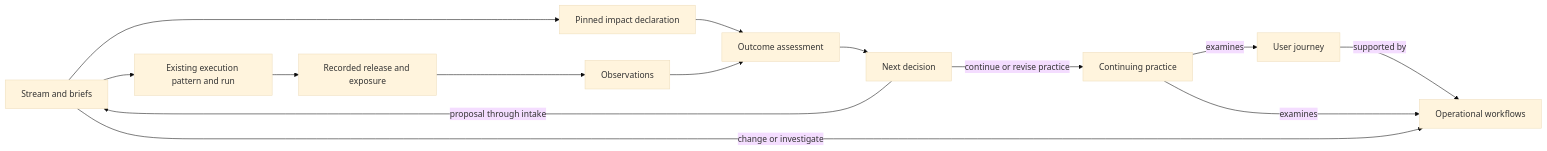
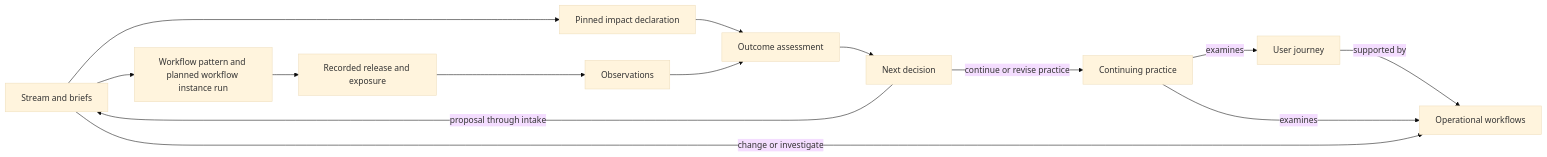
The first of 2 diagrams in docs/streams/continuing-operations/spec.md (medici-finance/assay), drawn with Mermaid (base theme) before and after one commit. The commit also changed other lines of this file and 3 other files, not shown here.

First line of the commit message:
docs(continuing-operations): name workflow-pattern-v1 and workflow-instance-v1

````diff
--- a/docs/streams/continuing-operations/spec.md
+++ b/docs/streams/continuing-operations/spec.md
@@ -50,16 +54,16 @@
 ```mermaid
 flowchart LR
   J[User journey] -->|supported by| W[Operational workflows]
   P[Continuing practice] -->|examines| J
   P -->|examines| W
   B[Stream and briefs] -->|change or investigate| W
   B --> I[Pinned impact declaration]
-  B --> E[Existing execution pattern and run]
+  B --> E[Workflow pattern and planned workflow instance run]
   E --> R[Recorded release and exposure]
   R --> O[Observations]
   I --> A[Outcome assessment]
   O --> A
   A --> D[Next decision]
   D -->|proposal through intake| B
   D -->|continue or revise practice| P
 ```
````
